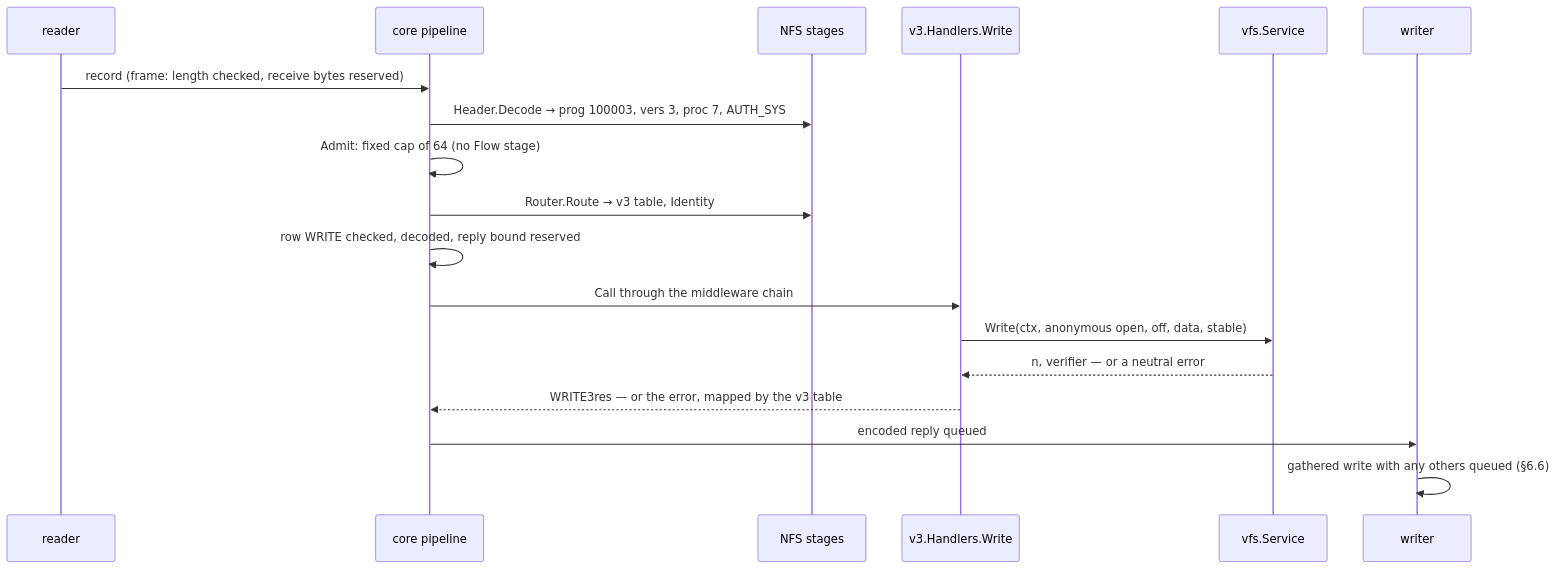
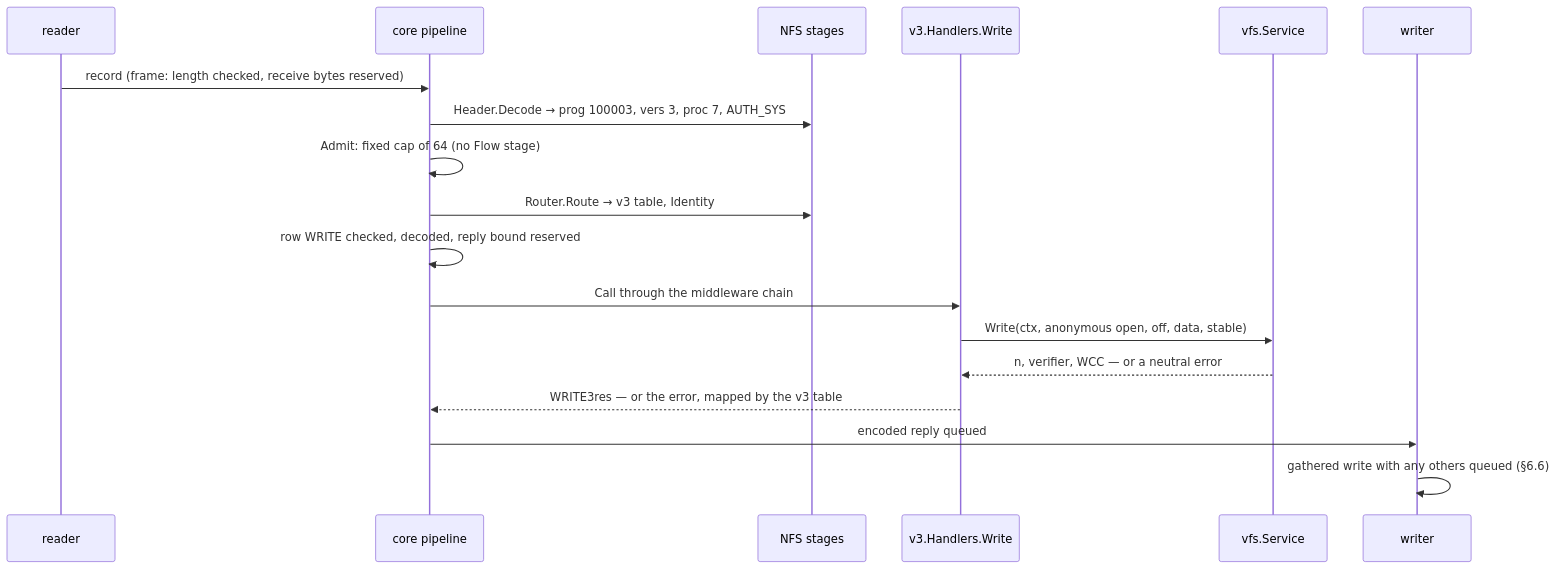
One commit to esignoretti/dittofs changed the third of 3 diagrams in docs/internals/rfcs/rfc-20-adapters.md. Above: the diagram before and after it, drawn with Mermaid. The commit also changed other lines of this file and 7 other files, not shown here.

````diff
--- a/docs/internals/rfcs/rfc-20-adapters.md
+++ b/docs/internals/rfcs/rfc-20-adapters.md
@@ -1496,20 +1518,20 @@
 ```mermaid
 sequenceDiagram
   participant R as reader
   participant P as core pipeline
   participant N as NFS stages
   participant H as v3.Handlers.Write
   participant S as vfs.Service
   participant W as writer
   R->>P: record (frame: length checked, receive bytes reserved)
   P->>N: Header.Decode → prog 100003, vers 3, proc 7, AUTH_SYS
   P->>P: Admit: fixed cap of 64 (no Flow stage)
   P->>N: Router.Route → v3 table, Identity
   P->>P: row WRITE checked, decoded, reply bound reserved
   P->>H: Call through the middleware chain
   H->>S: Write(ctx, anonymous open, off, data, stable)
-  S-->>H: n, verifier — or a neutral error
+  S-->>H: n, verifier, WCC — or a neutral error
   H-->>P: WRITE3res — or the error, mapped by the v3 table
   P->>W: encoded reply queued
   W->>W: gathered write with any others queued (§6.6)
 ```
````
